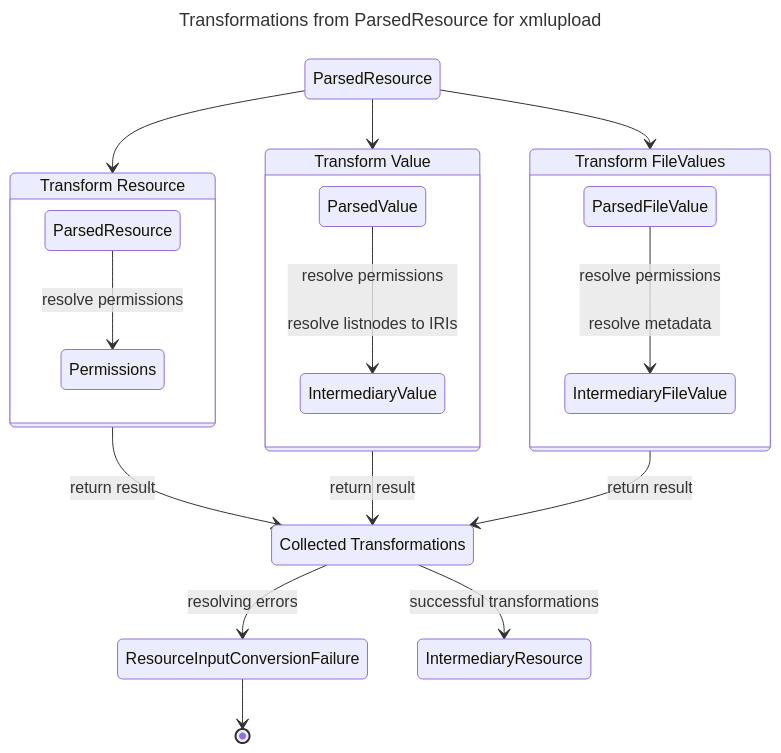
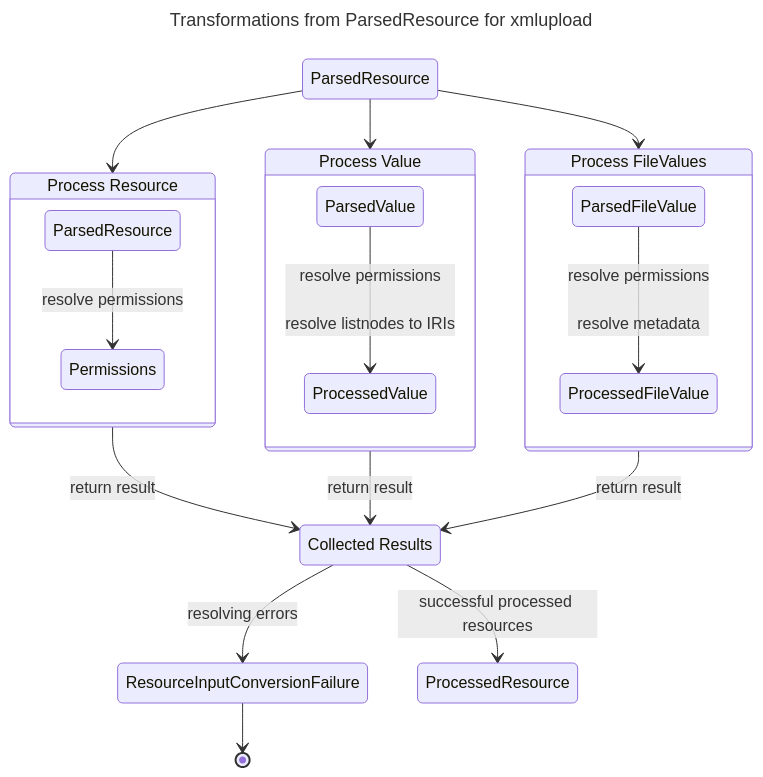
The third of 3 diagrams in docs/developers/architecture.md (dasch-swiss/dsp-tools), drawn with Mermaid before and after one commit. The commit also changed other lines of this file and 37 other files, not shown here.

Commit message:
refactor(xmlupload): rename `IntermediaryResource` into `ProcessedResource` (DEV-4816) (#1653)

````diff
--- a/docs/developers/architecture.md
+++ b/docs/developers/architecture.md
@@ -101,33 +101,33 @@
 ```mermaid
 ---
 title: Transformations from ParsedResource for xmlupload
 ---
 stateDiagram-v2
 
-state "Transform Resource" as transformres
-state "Transform Value" as transformationval
-state "Transform FileValues" as transformfile
+state "Process Resource" as processedres
+state "Process Value" as processedationval
+state "Process FileValues" as processedfile
 state "ParsedValue" as parsedval
 state "ParsedResource" as parsedres
-state "IntermediaryValue" as valdes
-state "Collected Transformations" as coll
+state "ProcessedValue" as valdes
+state "Collected Results" as coll
 
-parsedres-->transformfile
-parsedres-->transformationval
-parsedres-->transformres
-state transformres {
+parsedres-->processedfile
+parsedres-->processedationval
+parsedres-->processedres
+state processedres {
     ParsedResource-->Permissions: resolve permissions
 }
-state transformationval {
+state processedationval {
     parsedval-->valdes: resolve permissions<br/><br/>resolve listnodes to IRIs
 }
-state transformfile {
-    ParsedFileValue-->IntermediaryFileValue: resolve permissions<br/><br/>resolve metadata
+state processedfile {
+    ParsedFileValue-->ProcessedFileValue: resolve permissions<br/><br/>resolve metadata
 }
-transformres-->coll: return result
-transformationval-->coll: return result
-transformfile-->coll: return result
+processedres-->coll: return result
+processedationval-->coll: return result
+processedfile-->coll: return result
 coll-->ResourceInputConversionFailure: resolving errors
 ResourceInputConversionFailure-->[*]
-coll-->IntermediaryResource: successful transformations
+coll-->ProcessedResource: successful processed resources
 ```
````
